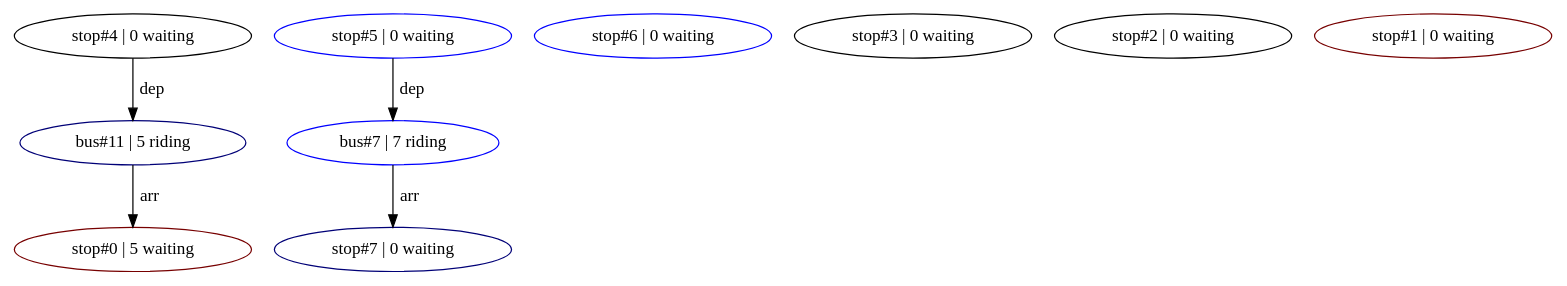
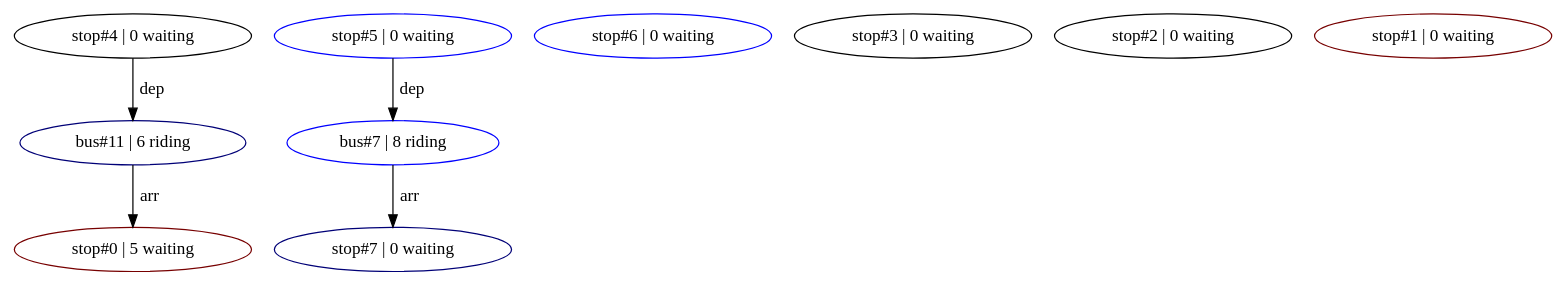
The diagram in bin/mts_digraph.dot (spmatthews03/MARTA), drawn with Graphviz before and after one commit. The commit also changed 28 other files, not shown here.

```diff
--- a/bin/mts_digraph.dot
+++ b/bin/mts_digraph.dot
@@ -1,19 +1,19 @@
 digraph G
 {
-  bus11 [ label="bus#11 | 5 riding", color="#000077"];
-  bus7 [ label="bus#7 | 7 riding", color="#0000FF"];
+  bus11 [ label="bus#11 | 6 riding", color="#000077"];
+  bus7 [ label="bus#7 | 8 riding", color="#0000FF"];
 
   stop7 [ label="stop#7 | 0 waiting", color="#000077"];
   stop6 [ label="stop#6 | 0 waiting", color="#0000FF"];
   stop5 [ label="stop#5 | 0 waiting", color="#0000FF"];
   stop4 [ label="stop#4 | 0 waiting", color="#000000"];
   stop3 [ label="stop#3 | 0 waiting", color="#000000"];
   stop2 [ label="stop#2 | 0 waiting", color="#000000"];
   stop1 [ label="stop#1 | 0 waiting", color="#770000"];
   stop0 [ label="stop#0 | 5 waiting", color="#770000"];
 
   stop5 -> bus7 [ label=" dep" ];
   bus7 -> stop7 [ label=" arr" ];
   stop4 -> bus11 [ label=" dep" ];
   bus11 -> stop0 [ label=" arr" ];
 }
```
